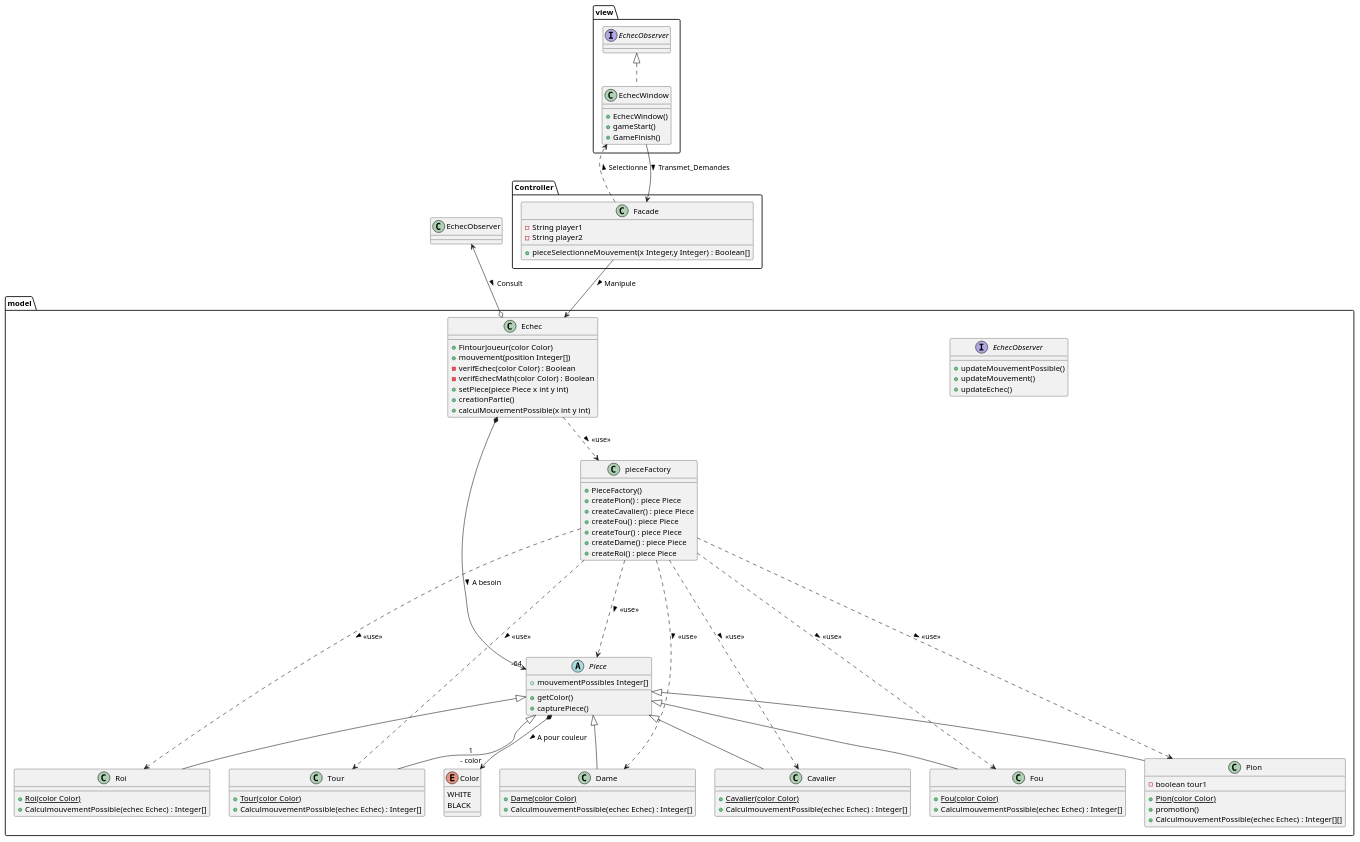
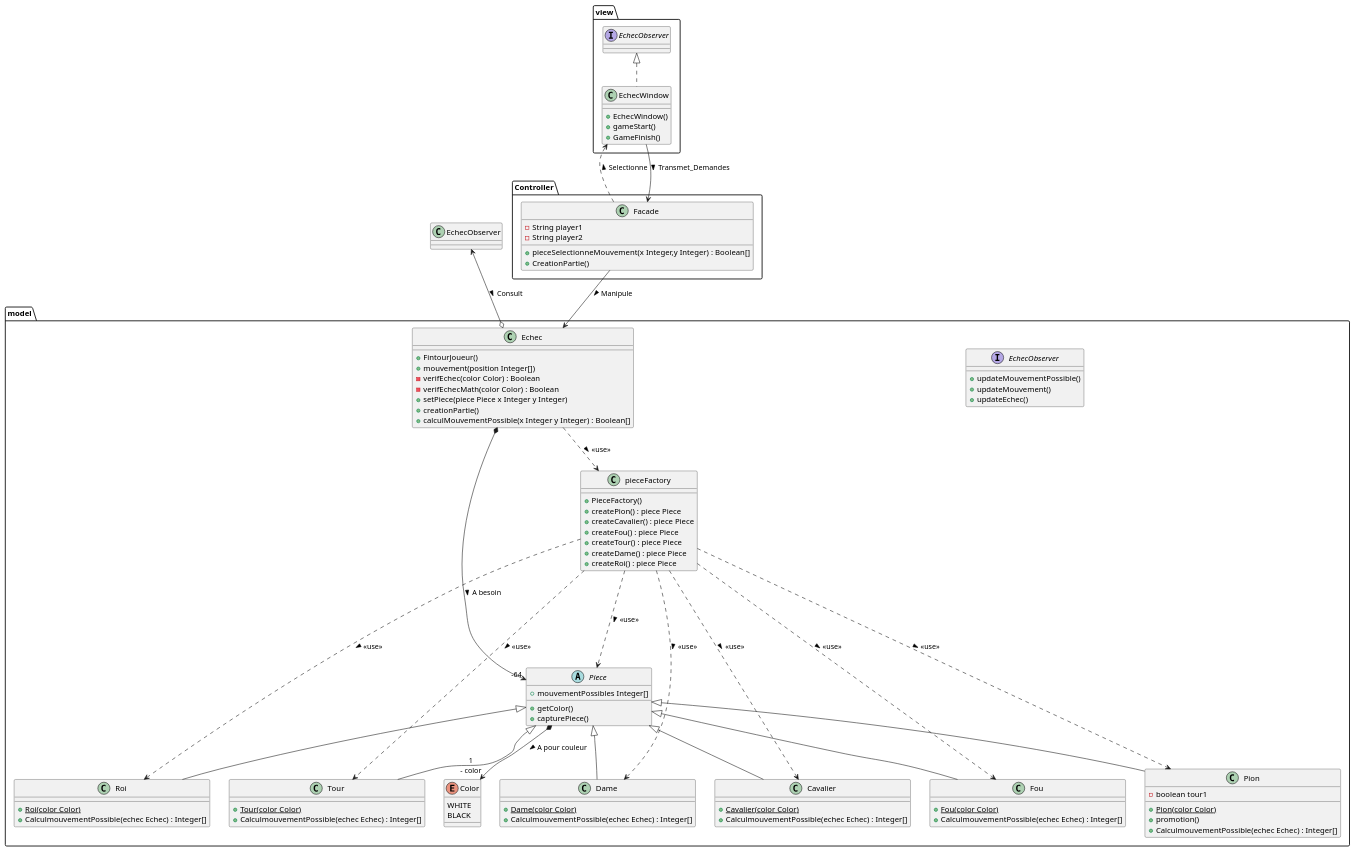
The diagram in Echec/diagsUML/Diagramme_Class_Echec.puml (Dubimasa/Echec), drawn with PlantUML before and after one commit. The commit also changed 9 other files, not shown here.

Commit message:
correction sur le diagramme et des classes piece

```diff
--- a/Echec/diagsUML/Diagramme_Class_Echec.puml
+++ b/Echec/diagsUML/Diagramme_Class_Echec.puml
@@ -1,115 +1,116 @@
 @startuml
 'https://plantuml.com/class-diagram
 
 
 Package Controller
 {
     class Facade
     {
         -String player1
         -String player2
         +pieceSelectionneMouvement(x Integer,y Integer) : Boolean[]
+        +CreationPartie()
     }
 }
 Package model
 {
     interface EchecObserver
     {
             +updateMouvementPossible()
             +updateMouvement()
             +updateEchec()
     }
 
     class Echec {
-    +FintourJoueur(color Color)
+    +FintourJoueur()
     +mouvement(position Integer[])
     -verifEchec(color Color) : Boolean
     -verifEchecMath(color Color) : Boolean
-    +setPiece(piece Piece x int y int)
+    +setPiece(piece Piece x Integer y Integer)
     +creationPartie()
-    +calculMouvementPossible(x int y int)
+    +calculMouvementPossible(x Integer y Integer) : Boolean[]
     }
     class pieceFactory
     {
         +PieceFactory()
         +createPion() : piece Piece
         +createCavalier() : piece Piece
         +createFou() : piece Piece
         +createTour() : piece Piece
         +createDame() : piece Piece
         +createRoi() : piece Piece
     }
     abstract class Piece
     {
         +mouvementPossibles Integer[]
         +getColor()
         +capturePiece()
     }
     class Pion extends Piece
     {
         -boolean tour1
         +{static}Pion(color Color)
         +promotion()
-        +CalculmouvementPossible(echec Echec) : Integer[][]
+        +CalculmouvementPossible(echec Echec) : Integer[]
     }
     class Cavalier extends Piece
     {
     +{static}Cavalier(color Color)
     +CalculmouvementPossible(echec Echec) : Integer[]
     }
     class Fou extends Piece
     {
     +{static}Fou(color Color)
     +CalculmouvementPossible(echec Echec) : Integer[]
     }
     class Tour extends Piece
     {
     +{static}Tour(color Color)
     +CalculmouvementPossible(echec Echec) : Integer[]
     }
     class Dame extends Piece
     {
     +{static}Dame(color Color)
     +CalculmouvementPossible(echec Echec) : Integer[]
     }
     class Roi extends Piece
     {
     +{static}Roi(color Color)
     +CalculmouvementPossible(echec Echec) : Integer[]
     }
     Enum Color
     {
         WHITE
         BLACK
     }
 }
 Package view{
 
     class EchecWindow implements EchecObserver
     {
      +EchecWindow()
      +gameStart()
      +GameFinish()
     }
 
 }
 Piece *--> "1\n- color" Color : > A pour couleur
 Echec *--> "-64" Piece : > A besoin
 
 Echec ..> pieceFactory : > <<use>>
 
 pieceFactory ...> Piece : > <<use>>
 pieceFactory ..> Roi : > <<use>>
 pieceFactory ..> Pion : > <<use>>
 pieceFactory ..> Cavalier : > <<use>>
 pieceFactory ..> Fou : > <<use>>
 pieceFactory ..> Dame : > <<use>>
 pieceFactory ..> Tour : > <<use>>
 
 
 EchecObserver <--o Echec : > Consult
 Facade --> Echec : > Manipule
 Facade ..> EchecWindow : > Selectionne
 EchecWindow --> Facade : > Transmet_Demandes
 
 @enduml
```
